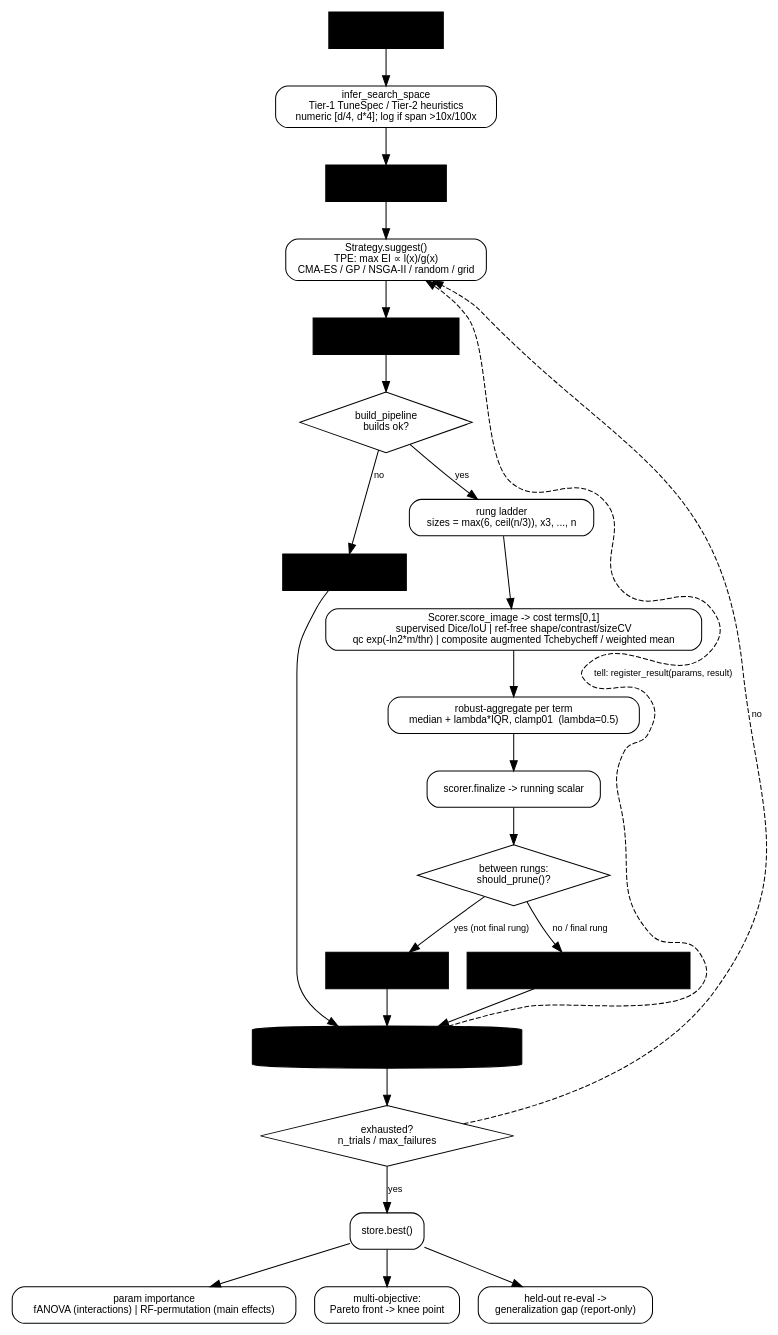
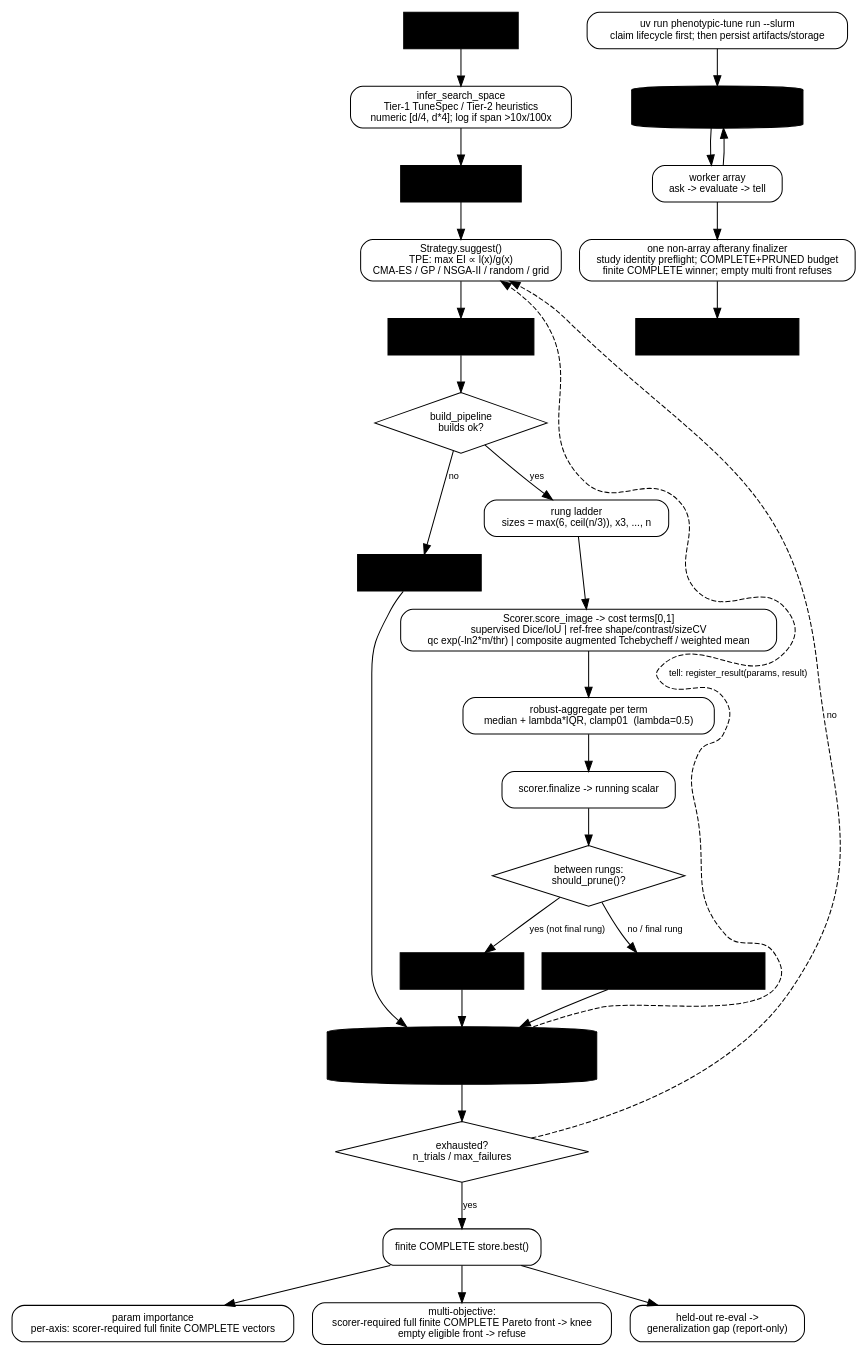
The second of 2 diagrams in docs/superpowers/explain/tune-with-optuna.graph.md (exfab/PhenoTypic), drawn with Graphviz before and after one commit. The commit also changed other lines of this file and 20 other files, not shown here.

Commit message:
docs(tune): document standalone journal workflow

````diff
--- a/docs/superpowers/explain/tune-with-optuna.graph.md
+++ b/docs/superpowers/explain/tune-with-optuna.graph.md
@@ -93,61 +106,71 @@
 ```dot
 digraph tune_dataflow {
     rankdir=TB;
     node [fontname="Helvetica", fontsize=10];
     edge [fontname="Helvetica", fontsize=9];
 
     // shapes: box=data, box+rounded=process, diamond=decision, cylinder=store
     pipe   [shape=box, style=filled, fillcolor="#eef", label="base ImagePipeline"];
     infer  [shape=box, style=rounded, label="infer_search_space\nTier-1 TuneSpec / Tier-2 heuristics\nnumeric [d/4, d*4]; log if span >10x/100x"];
     space  [shape=box, style=filled, fillcolor="#eef", label="SearchSpace (Knobs)"];
 
     strat  [shape=box, style=rounded, label="Strategy.suggest()\nTPE: max EI ∝ l(x)/g(x)\nCMA-ES / GP / NSGA-II / random / grid"];
     params [shape=box, style=filled, fillcolor="#eef", label="params + PruningChannel"];
 
     build  [shape=diamond, label="build_pipeline\nbuilds ok?"];
     fail   [shape=box, style=filled, fillcolor="#fdd", label="EvaluationResult\nfailed=True, cost=1.0"];
 
     rung   [shape=box, style=rounded, label="rung ladder\nsizes = max(6, ceil(n/3)), x3, ..., n"];
     score  [shape=box, style=rounded, label="Scorer.score_image -> cost terms[0,1]\nsupervised Dice/IoU | ref-free shape/contrast/sizeCV\nqc exp(-ln2*m/thr) | composite augmented Tchebycheff / weighted mean"];
     agg    [shape=box, style=rounded, label="robust-aggregate per term\nmedian + lambda*IQR, clamp01  (lambda=0.5)"];
     final  [shape=box, style=rounded, label="scorer.finalize -> running scalar"];
     prune  [shape=diamond, label="between rungs:\nshould_prune()?"];
-    partial[shape=box, style=filled, fillcolor="#ffd", label="EvaluationResult\npruned=True (partial)"];
+    partial[shape=box, style=filled, fillcolor="#ffd", label="PRUNED partial\nhistory + budget only"];
     result [shape=box, style=filled, fillcolor="#dfd", label="EvaluationResult\nscore, terms, objectives?, gap, suspicious"];
 
-    store  [shape=cylinder, style=filled, fillcolor="#efe", label="StudyStore\nappend Trial; budget number+=1, failures+=failed"];
+    store  [shape=cylinder, style=filled, fillcolor="#efe", label="StudyStore\nexact COMPLETE-axis preflight before attrs/append\nbudget number+=1, failures+=failed"];
     exh    [shape=diamond, label="exhausted?\nn_trials / max_failures"];
 
-    best   [shape=box, style=rounded, label="store.best()"];
-    imp    [shape=box, style=rounded, label="param importance\nfANOVA (interactions) | RF-permutation (main effects)"];
-    pareto [shape=box, style=rounded, label="multi-objective:\nPareto front -> knee point"];
+    best   [shape=box, style=rounded, label="finite COMPLETE store.best()"];
+    imp    [shape=box, style=rounded, label="param importance\nper-axis: scorer-required full finite COMPLETE vectors"];
+    pareto [shape=box, style=rounded, label="multi-objective:\nscorer-required full finite COMPLETE Pareto front -> knee\nempty eligible front -> refuse"];
     gen    [shape=box, style=rounded, label="held-out re-eval ->\ngeneralization gap (report-only)"];
 
     // setup
     pipe -> infer -> space -> strat;
+
+    // distributed ownership
+    submit [shape=box, style=rounded, label="uv run phenotypic-tune run --slurm\nclaim lifecycle first; then persist artifacts/storage"];
+    journal [shape=cylinder, style=filled, fillcolor="#eef", label="journal:// GPFS log\nsymlink-locked Optuna storage"];
+    array [shape=box, style=rounded, label="worker array\nask -> evaluate -> tell"];
+    finalizer [shape=box, style=rounded, label="one non-array afterany finalizer\nstudy identity preflight; COMPLETE+PRUNED budget\nfinite COMPLETE winner; empty multi front refuses"];
+    publish [shape=box, style=filled, fillcolor="#dfd", label="trials.parquet + deliverables\nbest_params.json written last"];
+    submit -> journal -> array;
+    array -> journal;
+    array -> finalizer -> publish;
 
     // ask
     strat -> params -> build;
     build -> fail   [label="no"];
     build -> rung   [label="yes"];
 
     // evaluate
     rung -> score -> agg -> final -> prune;
     prune -> partial [label="yes (not final rung)"];
     prune -> result  [label="no / final rung"];
 
     // collect + tell (feedback dashed)
     result  -> store;
     partial -> store;
     fail    -> store;
     store -> strat [label="tell: register_result(params, result)", style=dashed, constraint=false];
     store -> exh;
     exh -> strat [label="no", style=dashed, constraint=false];
     exh -> best  [label="yes"];
 
     // finalize
     best -> imp;
     best -> pareto;
     best -> gen;
 }
 ```
````
